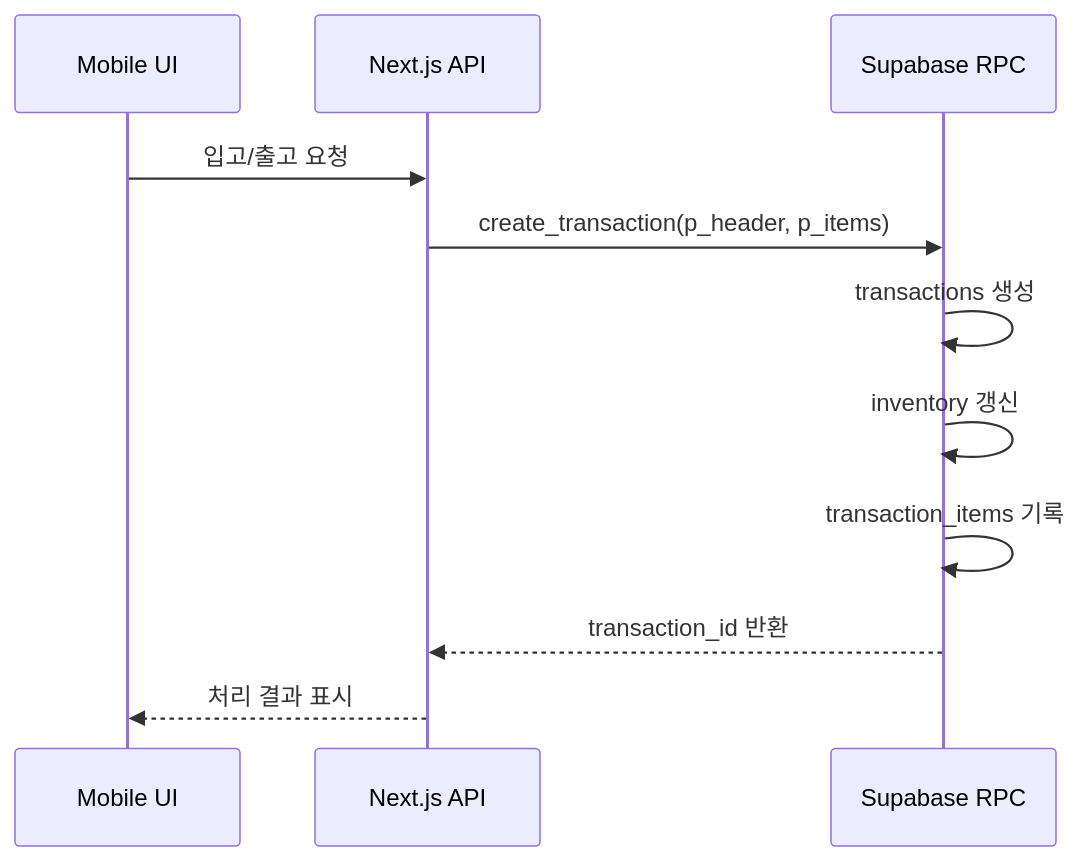
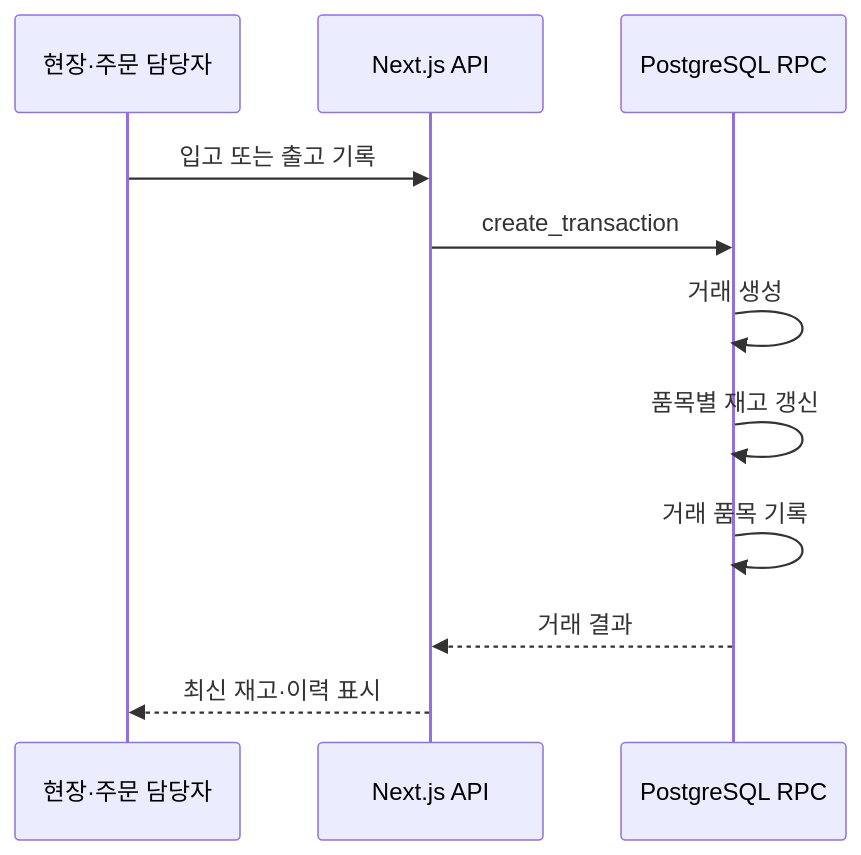
Before and after one commit to enjoylonelines/stock-cock: the diagram in README.md, drawn with Mermaid. The commit also changed other lines of this file and 3 other files, not shown here.

````diff
--- a/README.md
+++ b/README.md
@@ -57,14 +46,14 @@
 ```mermaid
 sequenceDiagram
-    participant UI as Mobile UI
+    participant User as 현장·주문 담당자
     participant API as Next.js API
-    participant DB as Supabase RPC
+    participant DB as PostgreSQL RPC
 
-    UI->>API: 입고/출고 요청
-    API->>DB: create_transaction(p_header, p_items)
-    DB->>DB: transactions 생성
-    DB->>DB: inventory 갱신
-    DB->>DB: transaction_items 기록
-    DB-->>API: transaction_id 반환
-    API-->>UI: 처리 결과 표시
+    User->>API: 입고 또는 출고 기록
+    API->>DB: create_transaction
+    DB->>DB: 거래 생성
+    DB->>DB: 품목별 재고 갱신
+    DB->>DB: 거래 품목 기록
+    DB-->>API: 거래 결과
+    API-->>User: 최신 재고·이력 표시
 ```
````
